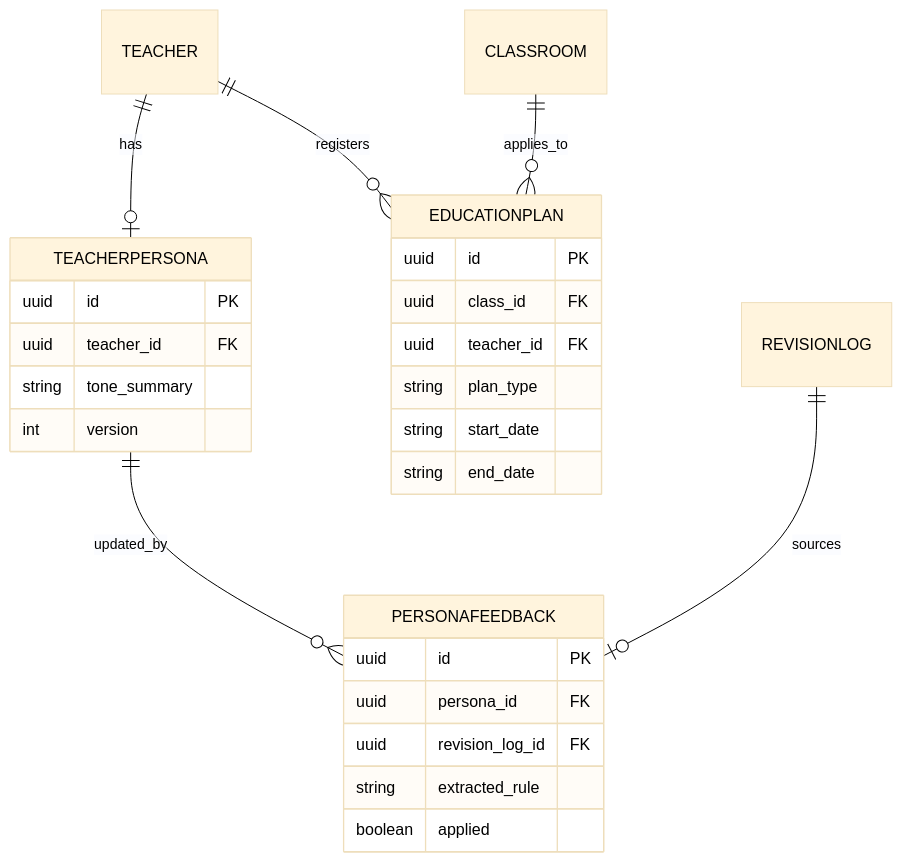
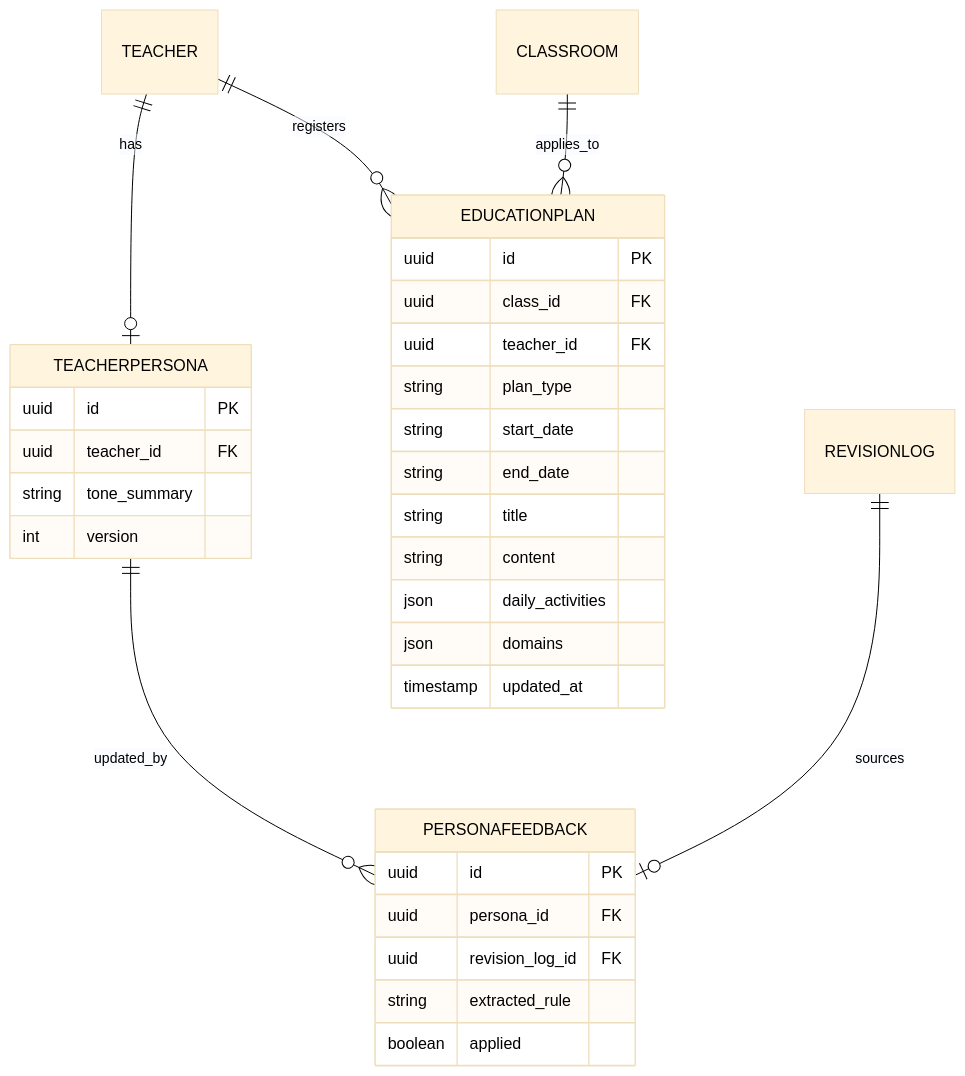
One commit to kakaotechcampus-4/ktc4-chungnam-4 changed the seventh of 8 diagrams in docs/테크스펙.md. Above: the diagram before and after it, drawn with Mermaid. The commit also changed other lines of this file, not shown here.

Commit message:
docs: add education plan detail columns to tech spec
#210 마이그레이션(3c7e1a9d4f20)이 더한 컬럼을 테크스펙 데이터 모델과 ERD에 맞추기 위함입니다.
마이그레이션 PR은 ERD를 같이 고친다는 팀 규약과 리뷰([must]) 반영입니다.

````diff
--- a/docs/테크스펙.md
+++ b/docs/테크스펙.md
@@ -765,30 +765,35 @@
 ```mermaid
 %%{init: {'theme':'base', 'themeVariables': {'primaryTextColor':'#000000','textColor':'#000000','lineColor':'#000000'}}}%%
 erDiagram
   TEACHERPERSONA {
     uuid id PK
     uuid teacher_id FK
     string tone_summary
     int version
   }
   PERSONAFEEDBACK {
     uuid id PK
     uuid persona_id FK
     uuid revision_log_id FK
     string extracted_rule
     boolean applied
   }
   EDUCATIONPLAN {
     uuid id PK
     uuid class_id FK
     uuid teacher_id FK
     string plan_type
     string start_date
     string end_date
+    string title
+    string content
+    json daily_activities
+    json domains
+    timestamp updated_at
   }
   TEACHER ||--o| TEACHERPERSONA : has
   TEACHERPERSONA ||--o{ PERSONAFEEDBACK : updated_by
   REVISIONLOG ||--o| PERSONAFEEDBACK : sources
   TEACHER ||--o{ EDUCATIONPLAN : registers
   CLASSROOM ||--o{ EDUCATIONPLAN : applies_to
 ```
````
